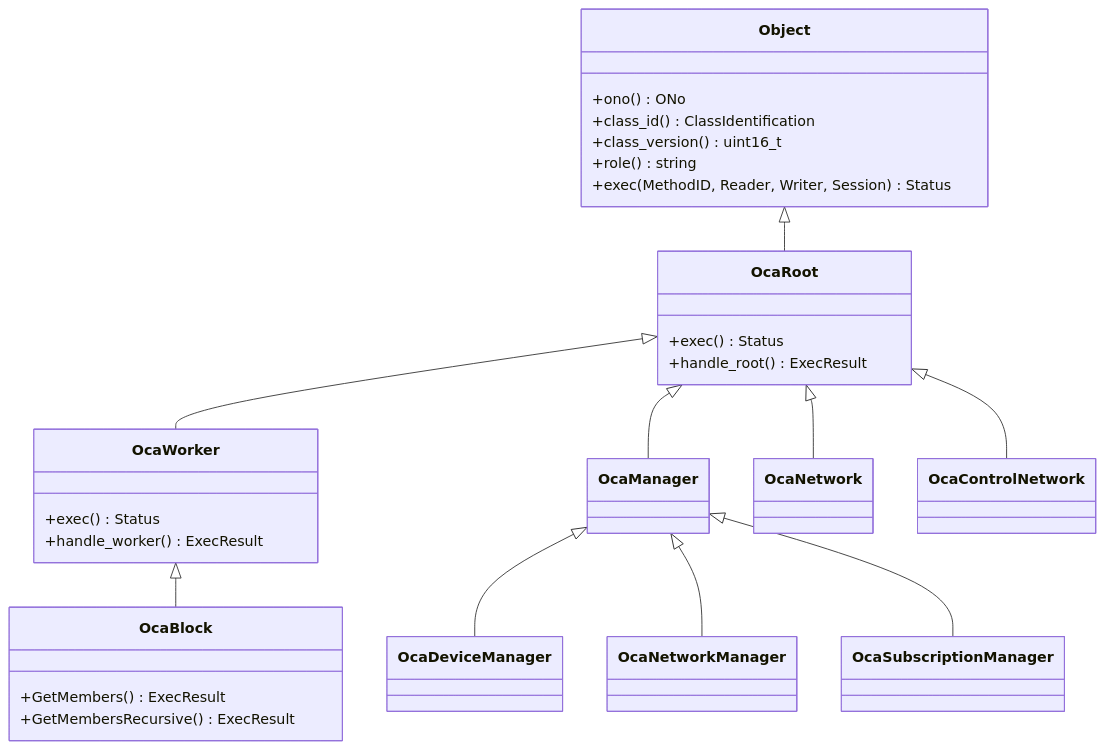
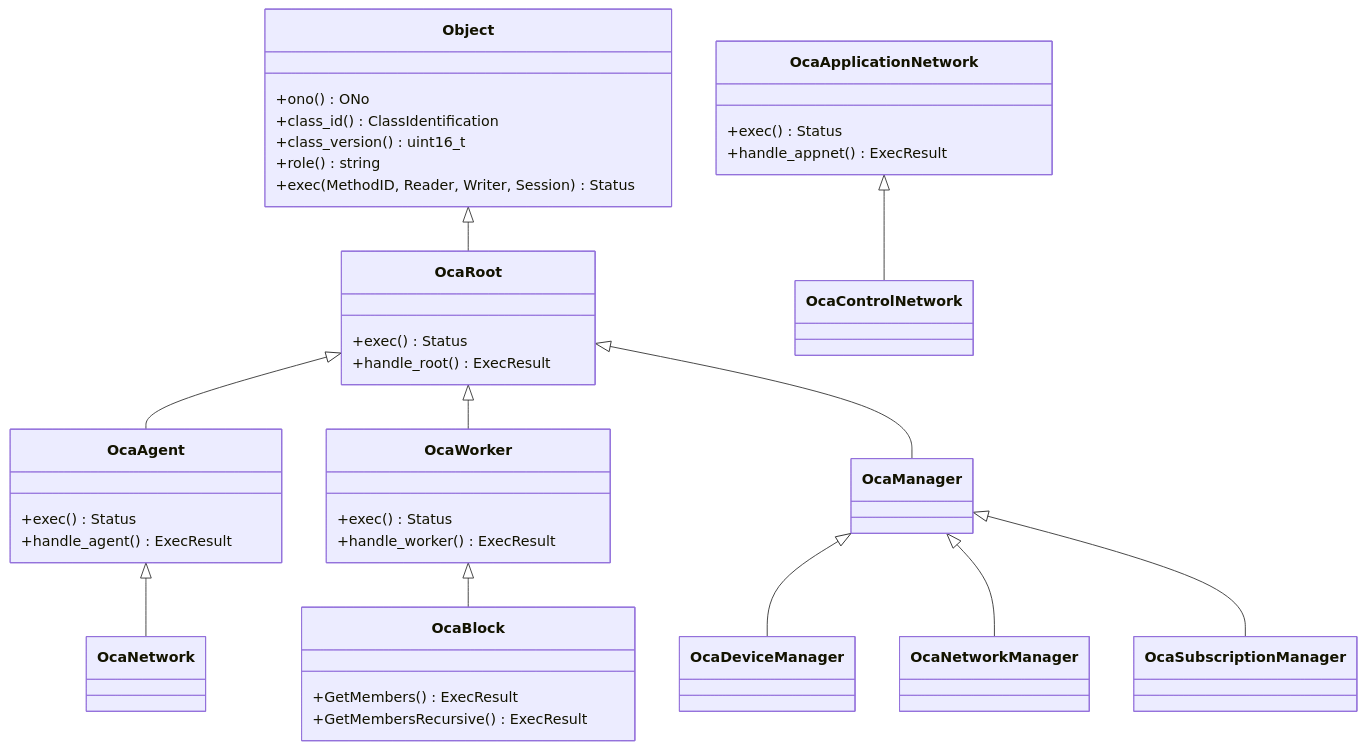
One commit to JunJunHub/aes67-linux-daemon changed the second of 4 diagrams in docs/ops/oca-design-and-maintenance.md. Above: the diagram before and after it, drawn with Mermaid. The commit also changed other lines of this file, not shown here.

Commit message:
docs(oca): 维护手册同步 Spec3 — OcaAgent/AppNet 中间类 + Worker 方法补齐

````diff
--- a/docs/ops/oca-design-and-maintenance.md
+++ b/docs/ops/oca-design-and-maintenance.md
@@ -96,37 +96,46 @@
 ```mermaid
 classDiagram
     class Object {
         +ono() ONo
         +class_id() ClassIdentification
         +class_version() uint16_t
         +role() string
         +exec(MethodID, Reader, Writer, Session) Status
     }
     class OcaRoot {
         +exec() Status
         +handle_root() ExecResult
     }
     class OcaWorker {
         +exec() Status
         +handle_worker() ExecResult
     }
     class OcaManager
     class OcaBlock {
         +GetMembers() ExecResult
         +GetMembersRecursive() ExecResult
     }
     class OcaDeviceManager
     class OcaNetworkManager
     class OcaSubscriptionManager
+    class OcaAgent {
+        +exec() Status
+        +handle_agent() ExecResult
+    }
+    class OcaApplicationNetwork {
+        +exec() Status
+        +handle_appnet() ExecResult
+    }
     class OcaNetwork
     class OcaControlNetwork
     Object <|-- OcaRoot
+    OcaRoot <|-- OcaAgent
     OcaRoot <|-- OcaWorker
     OcaRoot <|-- OcaManager
     OcaWorker <|-- OcaBlock
     OcaManager <|-- OcaDeviceManager
     OcaManager <|-- OcaNetworkManager
     OcaManager <|-- OcaSubscriptionManager
-    OcaRoot <|-- OcaNetwork
-    OcaRoot <|-- OcaControlNetwork
+    OcaAgent <|-- OcaNetwork
+    OcaApplicationNetwork <|-- OcaControlNetwork
 ```
````
